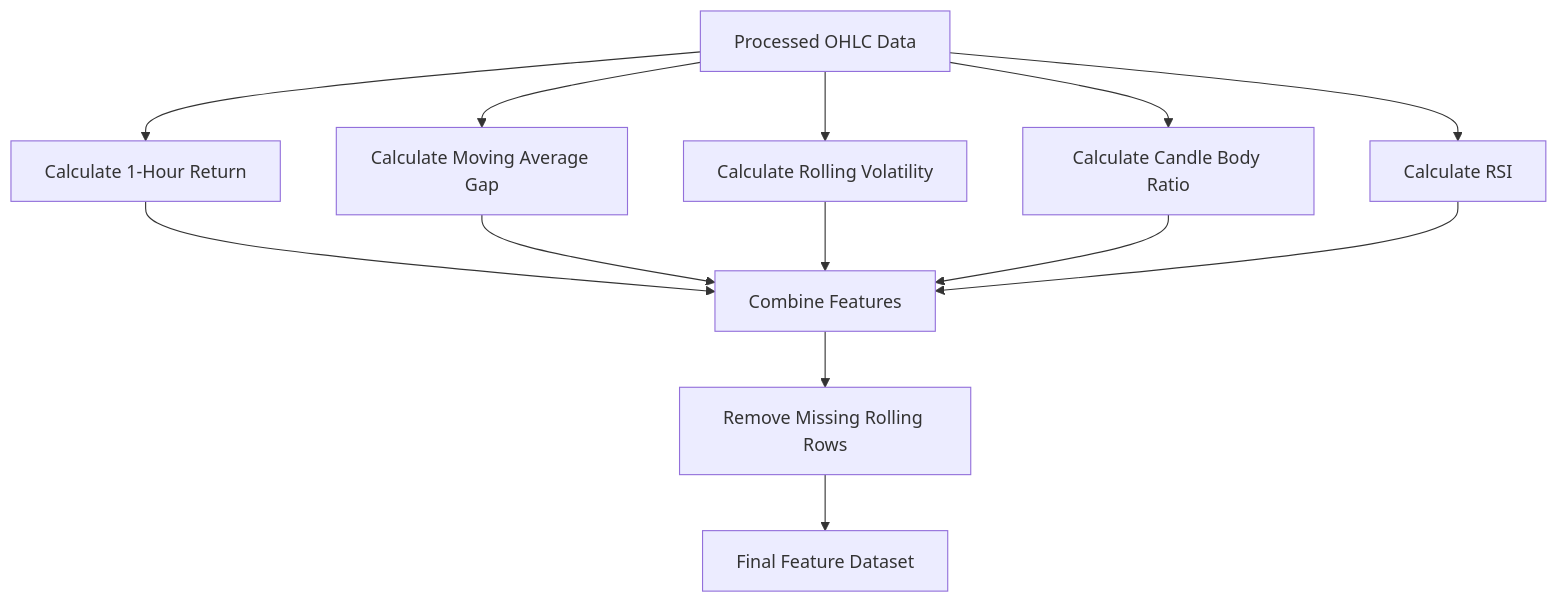
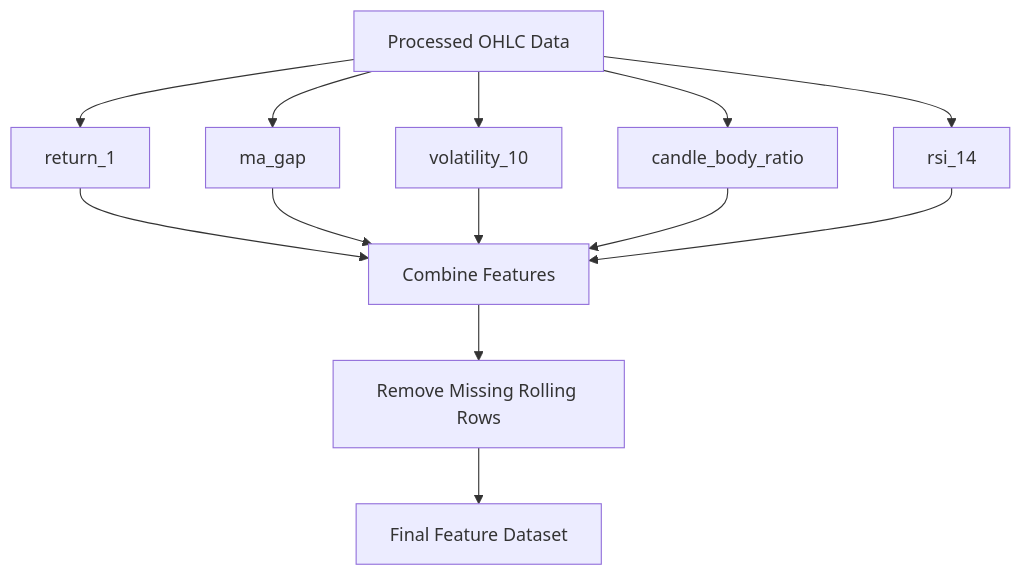
Before and after one commit to chauhanmuskan291980-wq/gold-price-direction-predictor: the fifth of 15 diagrams in docs/architecture.md, drawn with Mermaid. The commit also changed other lines of this file and 2 other files, not shown here.

Commit message:
docs: align documentation with three-model architecture and updated API

````diff
--- a/docs/architecture.md
+++ b/docs/architecture.md
@@ -259,17 +285,17 @@
 ```mermaid
 flowchart TD
-    A[Processed OHLC Data] --> B[Calculate 1-Hour Return]
-    A --> C[Calculate Moving Average Gap]
-    A --> D[Calculate Rolling Volatility]
-    A --> E[Calculate Candle Body Ratio]
-    A --> F[Calculate RSI]
+    A[Processed OHLC Data] --> B[return_1]
+    A --> C[ma_gap]
+    A --> D[volatility_10]
+    A --> E[candle_body_ratio]
+    A --> F[rsi_14]
 
     B --> G[Combine Features]
     C --> G
     D --> G
     E --> G
     F --> G
 
     G --> H[Remove Missing Rolling Rows]
     H --> I[Final Feature Dataset]
 ```
````
